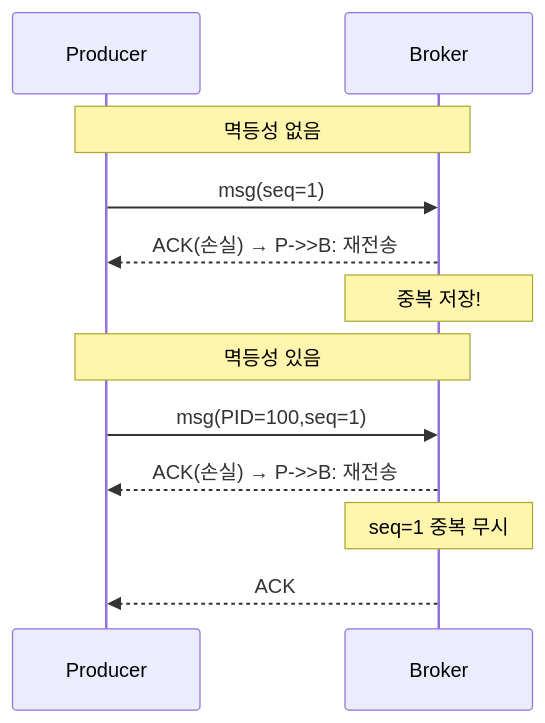
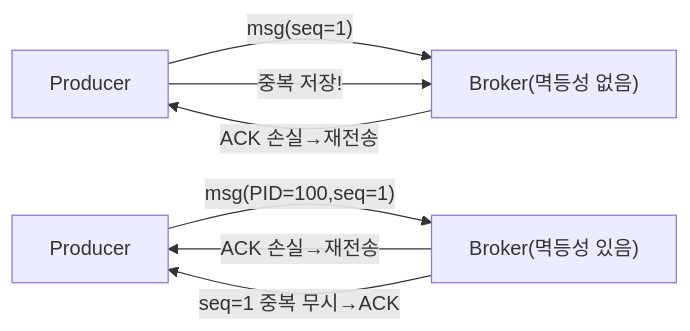
One commit to yjkim2015/yjkim2015.github.io changed diagram 14 of 21 in _posts/kafka/2026-05-01-kafka-internals.md. Above: the diagram before and after it, drawn with Mermaid. The commit also changed other lines of this file and 32 other files, not shown here.

First line of the commit message:
sequenceDiagram 82개 → graph LR 변환 완료

````diff
--- a/_posts/kafka/2026-05-01-kafka-internals.md
+++ b/_posts/kafka/2026-05-01-kafka-internals.md
@@ -367,14 +352,9 @@
 ```mermaid
-sequenceDiagram
-    participant P as Producer
-    participant B as Broker
-    Note over P,B: 멱등성 없음
-    P->>B: msg(seq=1)
-    B-->>P: ACK(손실) → P->>B: 재전송
-    Note over B: 중복 저장!
-    Note over P,B: 멱등성 있음
-    P->>B: msg(PID=100,seq=1)
-    B-->>P: ACK(손실) → P->>B: 재전송
-    Note over B: seq=1 중복 무시
-    B-->>P: ACK
+graph LR
+    P["Producer"] -->|"msg(seq=1)"| B1["Broker(멱등성 없음)"]
+    B1 -->|"ACK 손실→재전송"| P
+    P -->|"중복 저장!"| B1
+    P2["Producer"] -->|"msg(PID=100,seq=1)"| B2["Broker(멱등성 있음)"]
+    B2 -->|"ACK 손실→재전송"| P2
+    B2 -->|"seq=1 중복 무시→ACK"| P2
 ```
````
